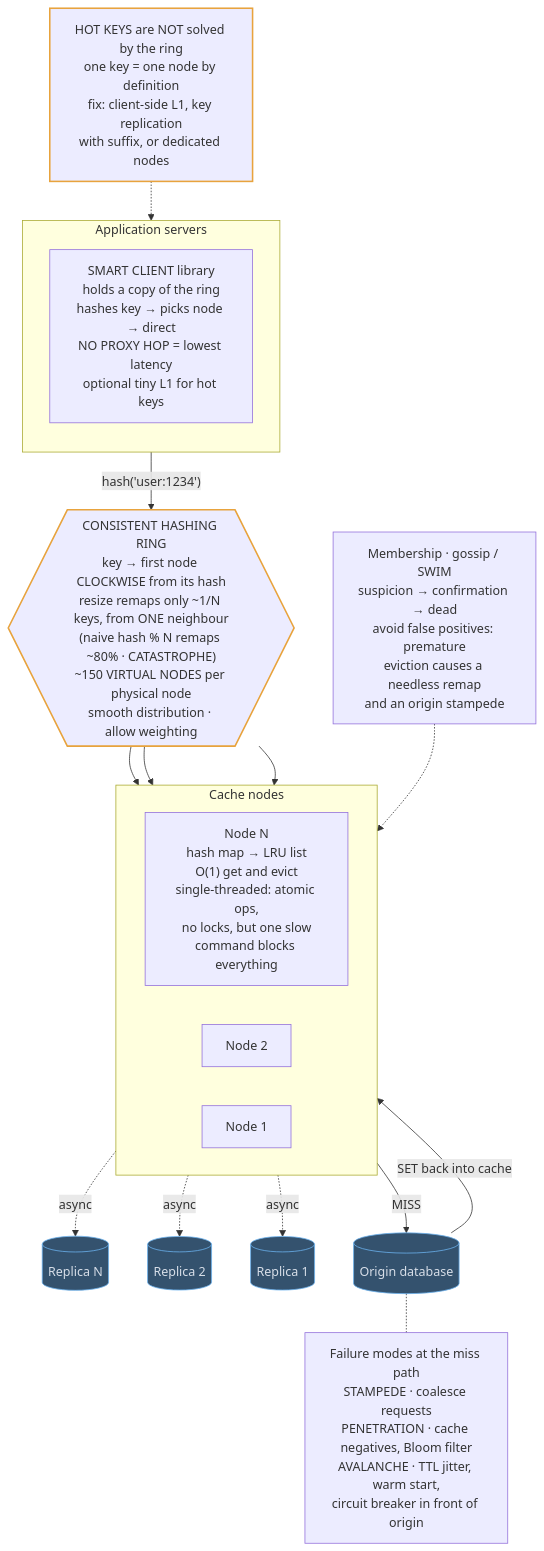
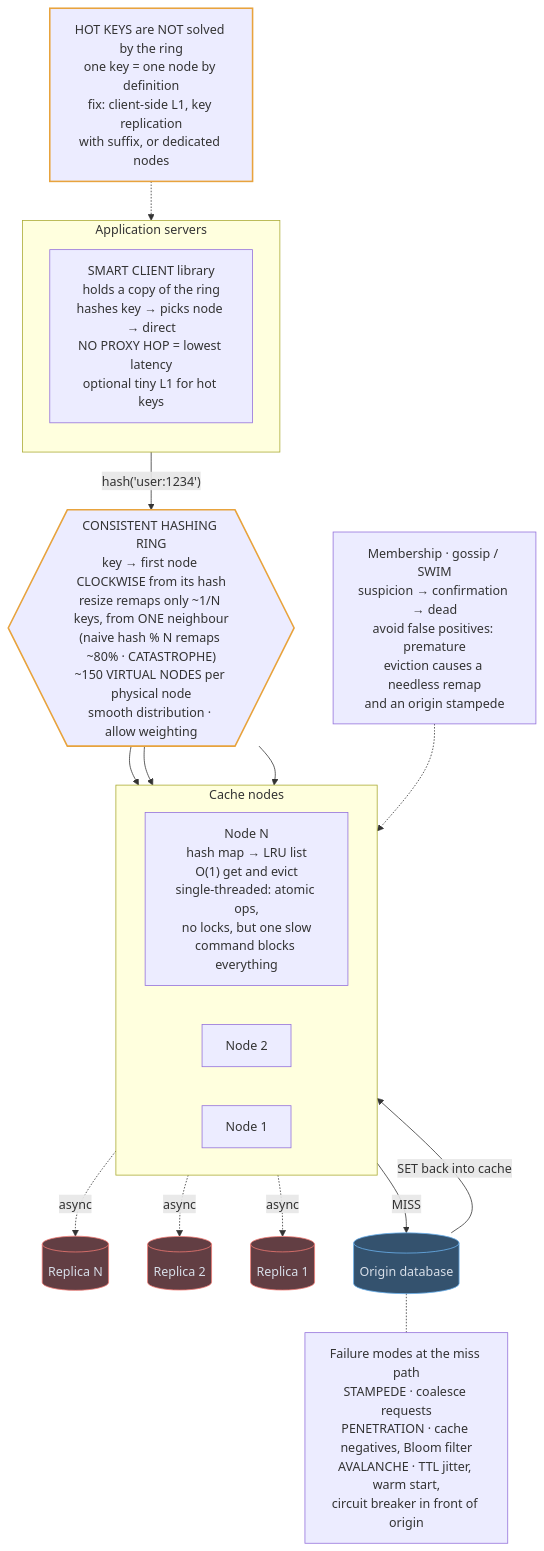
One commit to mertkahyaoglu/atlas changed the diagram in content/designs/14-distributed-cache.md. Above: the diagram before and after it, drawn with Mermaid. The commit also changed 16 other files, not shown here.

First line of the commit message:
Split store into db/cache/blob; color gateway and load-balancer nodes

````diff
--- a/content/designs/14-distributed-cache.md
+++ b/content/designs/14-distributed-cache.md
@@ -132,33 +132,35 @@
 ```mermaid
 flowchart TB
     subgraph APP ["Application servers"]
         direction TB
         Client["SMART CLIENT library<br/>holds a copy of the ring<br/>hashes key → picks node → direct<br/>NO PROXY HOP = lowest latency<br/>optional tiny L1 for hot keys"]
     end
     HotKey["HOT KEYS are NOT solved by the ring<br/>one key = one node by definition<br/>fix: client-side L1, key replication<br/>with suffix, or dedicated nodes"] -.-> Client
 
     Client -- "hash('user:1234')" --> Ring
     Ring{{"CONSISTENT HASHING RING<br/>key → first node CLOCKWISE from its hash<br/>resize remaps only ~1/N keys, from ONE neighbour<br/>(naive hash % N remaps ~80% · CATASTROPHE)<br/>~150 VIRTUAL NODES per physical node<br/>smooth distribution · allow weighting"}}
 
     subgraph NODES ["Cache nodes"]
         direction LR
         N1["Node N<br/>hash map → LRU list<br/>O(1) get and evict<br/>single-threaded: atomic ops,<br/>no locks, but one slow<br/>command blocks everything"]
         N2["Node 2"]
         N3["Node 1"]
     end
     Ring --> N3 & N2 & N1
     Gossip["Membership · gossip / SWIM<br/>suspicion → confirmation → dead<br/>avoid false positives: premature<br/>eviction causes a needless remap<br/>and an origin stampede"] -.-> NODES
 
     N1 -. "async" .-> R1[("Replica N")]
     N2 -. "async" .-> R2[("Replica 2")]
     N3 -. "async" .-> R3[("Replica 1")]
 
     N1 -- "MISS" --> Origin[("Origin database")]
     Origin -- "SET back into cache" --> N1
     Origin -.- Failures["Failure modes at the miss path<br/>STAMPEDE · coalesce requests<br/>PENETRATION · cache negatives, Bloom filter<br/>AVALANCHE · TTL jitter, warm start,<br/>circuit breaker in front of origin"]
 
-    classDef store fill:#34526e,stroke:#6cb2ee,color:#d7dee8
+    classDef db fill:#34526e,stroke:#6cb2ee,color:#d7dee8
+    classDef cache fill:#623e43,stroke:#f07a73,color:#d7dee8
     classDef hot stroke:#e8a33d,stroke-width:2px
-    class R1,R2,R3,Origin store
+    class Origin db
+    class R1,R2,R3 cache
     class Ring,HotKey hot
 ```
````
